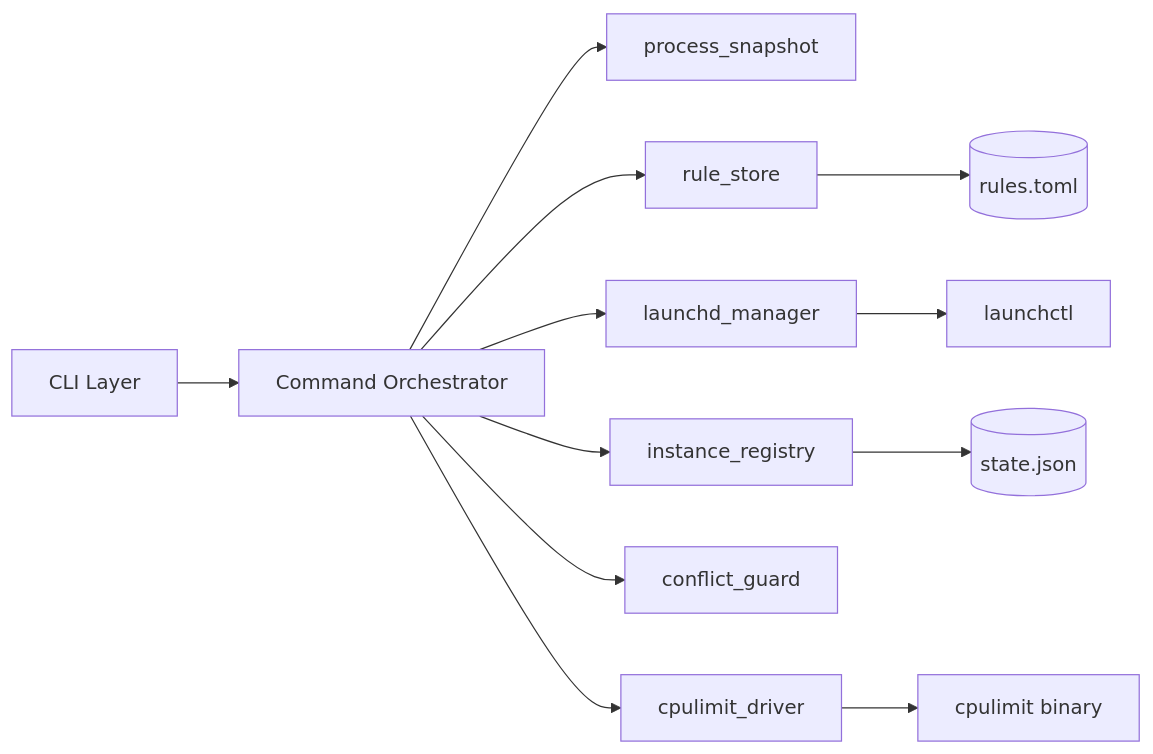
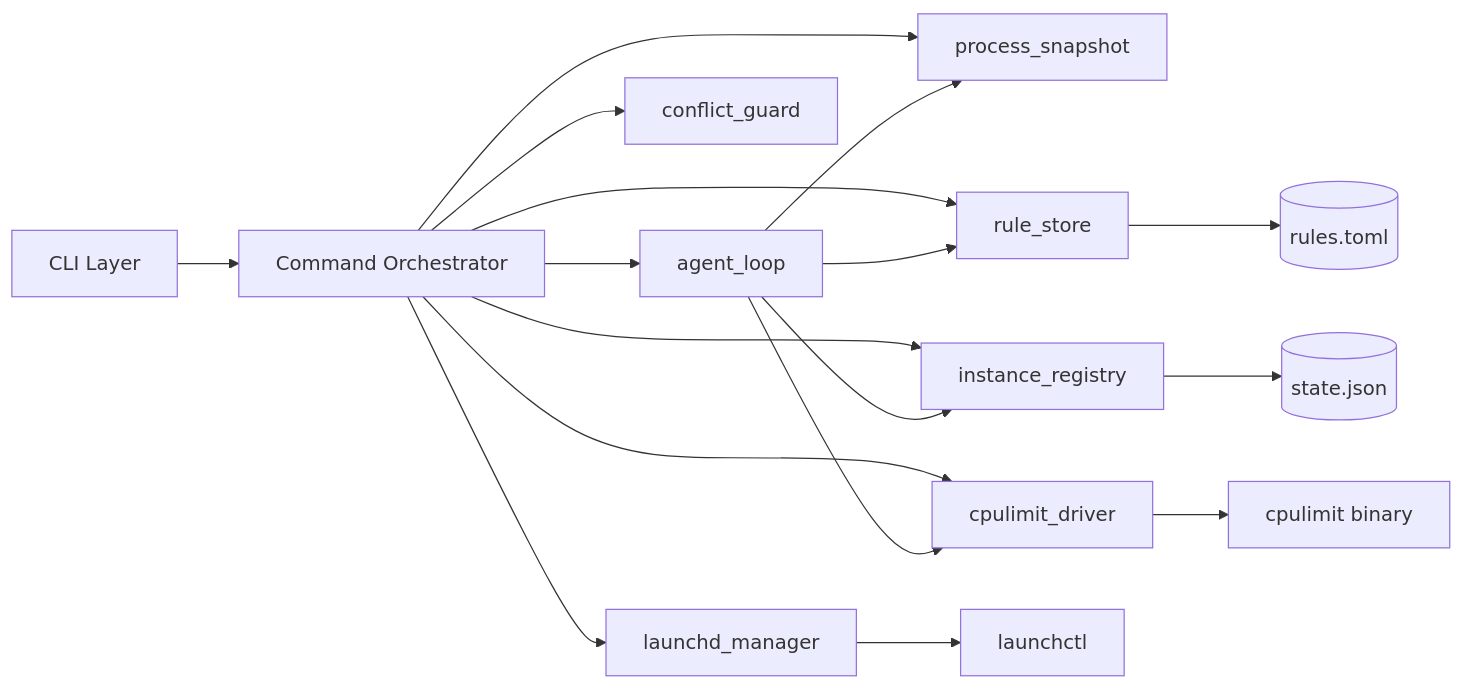
Before and after one commit to hxy91819/cpuguard: the first of 6 diagrams in docs/02-architecture.md, drawn with Mermaid. The commit also changed other lines of this file and 21 other files, not shown here.

````diff
--- a/docs/02-architecture.md
+++ b/docs/02-architecture.md
@@ -14,15 +15,20 @@
 ```mermaid
 flowchart LR
     CLI[CLI Layer] --> ORCH[Command Orchestrator]
     ORCH --> SNAP[process_snapshot]
     ORCH --> RULE[rule_store]
     ORCH --> LD[launchd_manager]
     ORCH --> REG[instance_registry]
     ORCH --> CG[conflict_guard]
     ORCH --> DRV[cpulimit_driver]
+    ORCH --> AG[agent_loop]
 
     RULE --> FS1[(rules.toml)]
     REG --> FS2[(state.json)]
     LD --> LDCMD[launchctl]
+    AG --> SNAP
+    AG --> RULE
+    AG --> REG
+    AG --> DRV
     DRV --> CPL[cpulimit binary]
 ```
````
